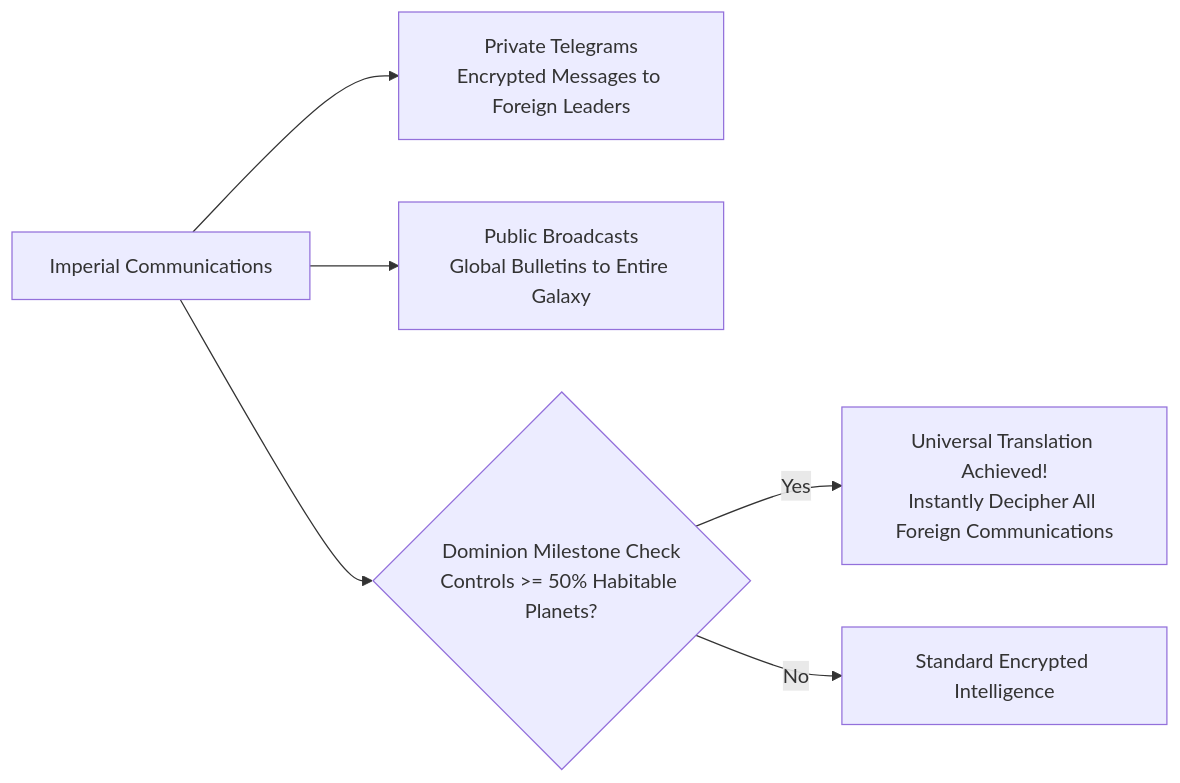
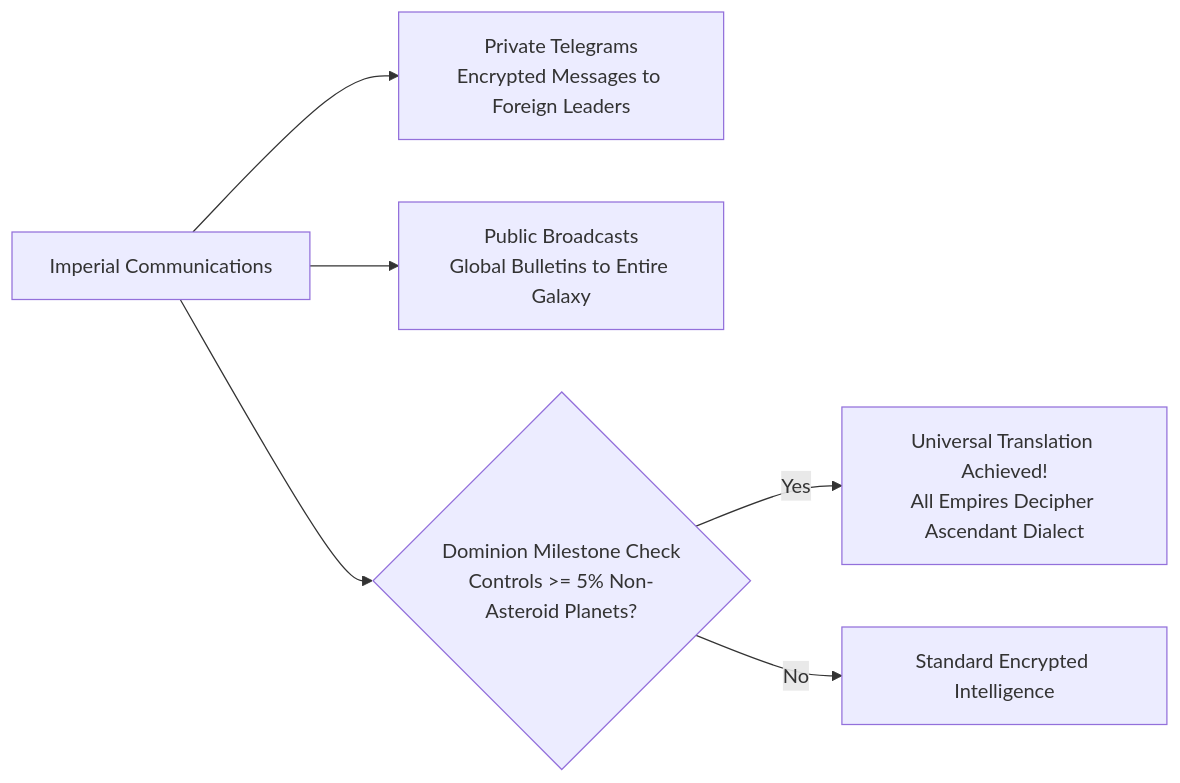
Before and after one commit to kaladron/galactic-bloodshed: the sixth of 6 diagrams in docs/diplomacy.md, drawn with Mermaid. The commit also changed other lines of this file and 34 other files, not shown here.

First line of the commit message:
[gb] Synchronize architecture, skill, and domain docs with UI separation

````diff
--- a/docs/diplomacy.md
+++ b/docs/diplomacy.md
@@ -217,8 +221,8 @@
 ```mermaid
 flowchart LR
     Empire["Imperial Communications"] --> Direct["Private Telegrams\nEncrypted Messages to Foreign Leaders"]
     Empire --> Broadcast["Public Broadcasts\nGlobal Bulletins to Entire Galaxy"]
-    Empire --> Trans{"Dominion Milestone Check\nControls >= 50% Habitable Planets?"}
-    Trans -->|Yes| Universal["Universal Translation Achieved!\nInstantly Decipher All Foreign Communications"]
+    Empire --> Trans{"Dominion Milestone Check\nControls >= 5% Non-Asteroid Planets?"}
+    Trans -->|Yes| Universal["Universal Translation Achieved!\nAll Empires Decipher Ascendant Dialect"]
     Trans -->|No| Standard["Standard Encrypted Intelligence"]
 ```
````
